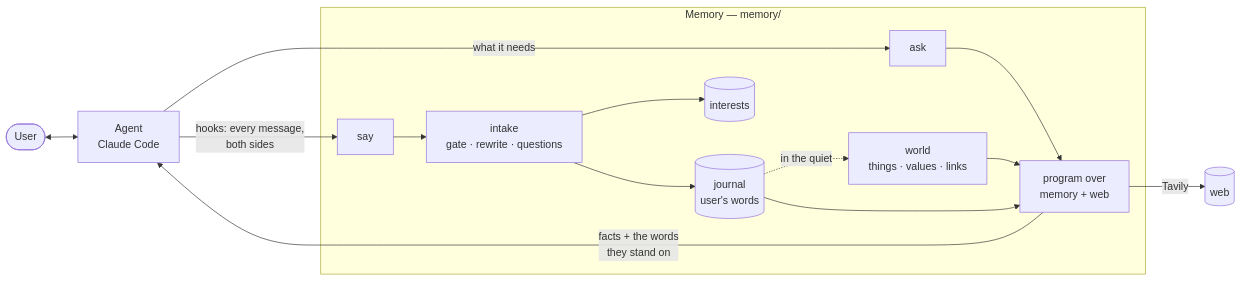
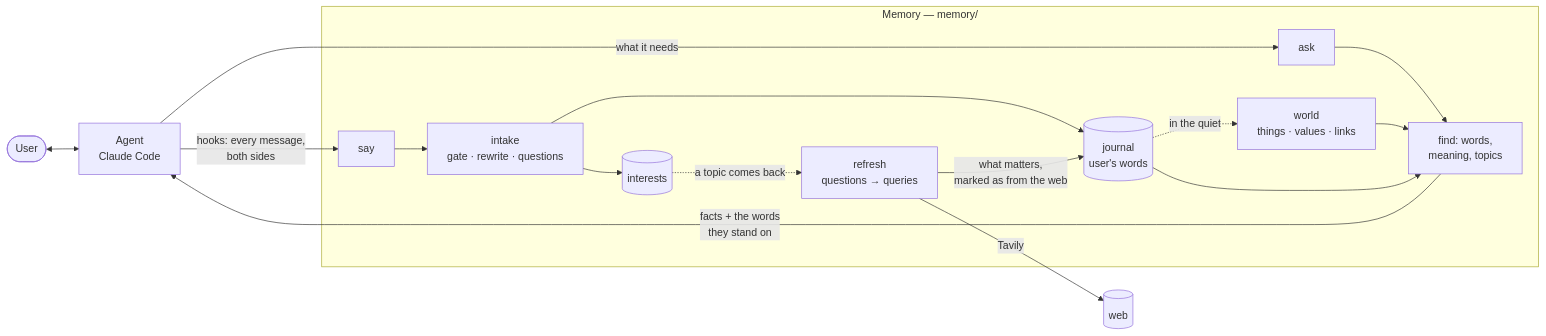
One commit to mihail-gribov/terraweaver changed the diagram in README.md. Above: the diagram before and after it, drawn with Mermaid. The commit also changed other lines of this file and 2 other files, not shown here.

Commit message:
Docs: README and submission brought to the code, web refresh described by topic, scenarios results in place of placeholders

````diff
--- a/README.md
+++ b/README.md
@@ -55,17 +49,19 @@
 ```mermaid
 flowchart LR
     U([User]) <--> A[Agent<br/>Claude Code]
     A -- "hooks: every message,<br/>both sides" --> S["say"]
     A -- "what it needs" --> Q["ask"]
     subgraph M [Memory — memory/]
       S --> I["intake<br/>gate · rewrite · questions"]
       I --> J[("journal<br/>user's words")]
       I --> N[("interests")]
       J -. "in the quiet" .-> W["world<br/>things · values · links"]
-      Q --> P["program over<br/>memory + web"]
+      Q --> P["find: words,<br/>meaning, topics"]
       W --> P
       J --> P
+      N -. "a topic comes back" .-> R["refresh<br/>questions → queries"]
     end
-    P -- "Tavily" --> WEB[(web)]
+    R -- "Tavily" --> WEB[(web)]
+    R -- "what matters,<br/>marked as from the web" --> J
     P -- "facts + the words<br/>they stand on" --> A
 ```
````
